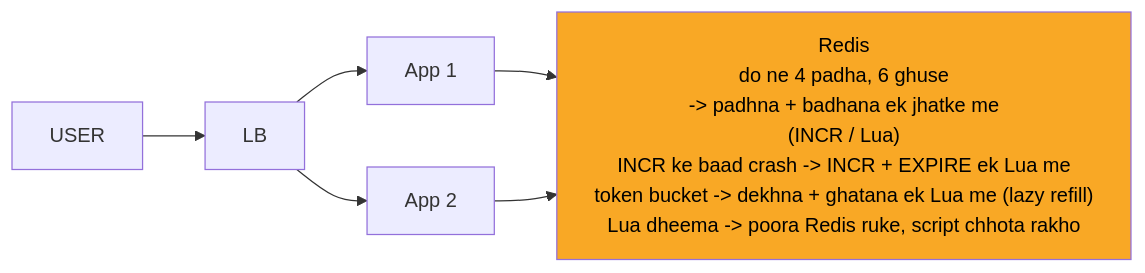
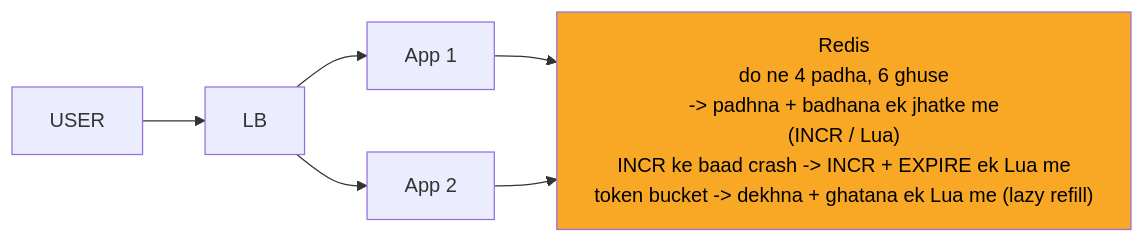
The third of 11 diagrams in 04_HLD/SYSTEM_DESIGNS/02_rate_limiter/02_rate_limiter.md (ArpanMaheshwari144/Prep), drawn with Mermaid before and after one commit. The commit also changed other lines of this file and 13 other files, not shown here.

````diff
--- a/04_HLD/SYSTEM_DESIGNS/02_rate_limiter/02_rate_limiter.md
+++ b/04_HLD/SYSTEM_DESIGNS/02_rate_limiter/02_rate_limiter.md
@@ -149,15 +149,15 @@
 ```mermaid
 %%{init: {"flowchart": {"wrappingWidth": 450}}}%%
 flowchart LR
     n_USER["USER"]
     n_LB["LB"]
     n_App_x_N_1["App 1"]
     n_App_x_N_2["App 2"]
-    n_Redis["Redis<br/>do ne 4 padha, 6 ghuse<br/>-> padhna + badhana ek jhatke me<br/>(INCR / Lua)<br/>INCR ke baad crash -> INCR + EXPIRE ek Lua me<br/>token bucket -> dekhna + ghatana ek Lua me (lazy refill)<br/>Lua dheema -> poora Redis ruke, script chhota rakho"]
+    n_Redis["Redis<br/>do ne 4 padha, 6 ghuse<br/>-> padhna + badhana ek jhatke me<br/>(INCR / Lua)<br/>INCR ke baad crash -> INCR + EXPIRE ek Lua me<br/>token bucket -> dekhna + ghatana ek Lua me (lazy refill)"]
     n_USER --> n_LB
     n_LB --> n_App_x_N_1
     n_LB --> n_App_x_N_2
     n_App_x_N_1 --> n_Redis
     n_App_x_N_2 --> n_Redis
     style n_Redis fill:#f9a825,color:#000
 ```
````
